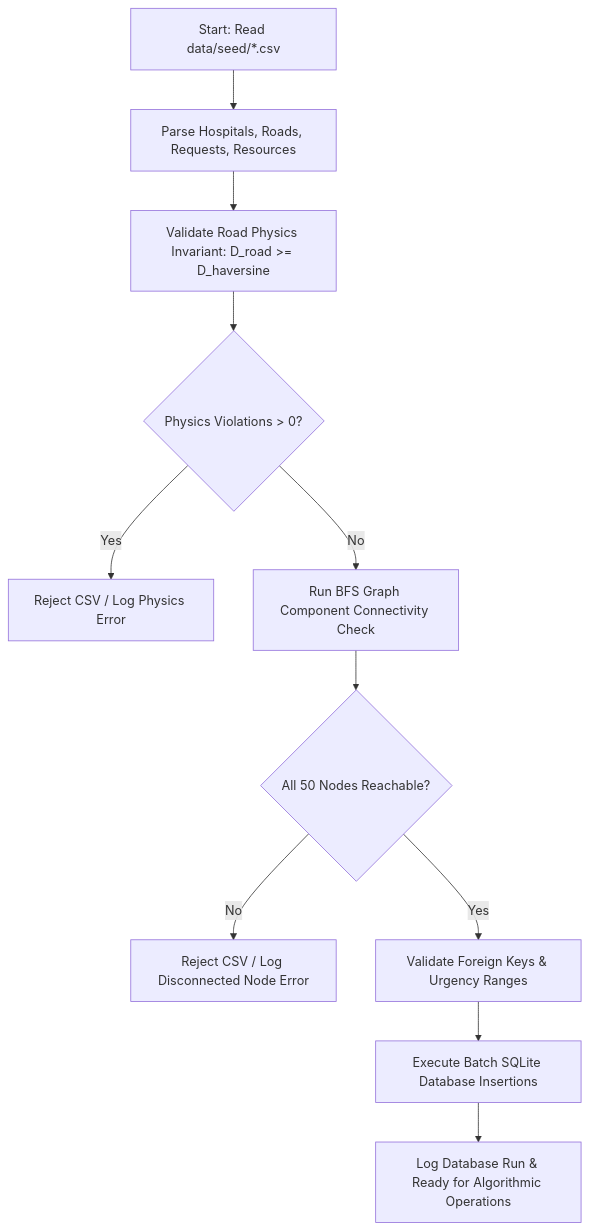
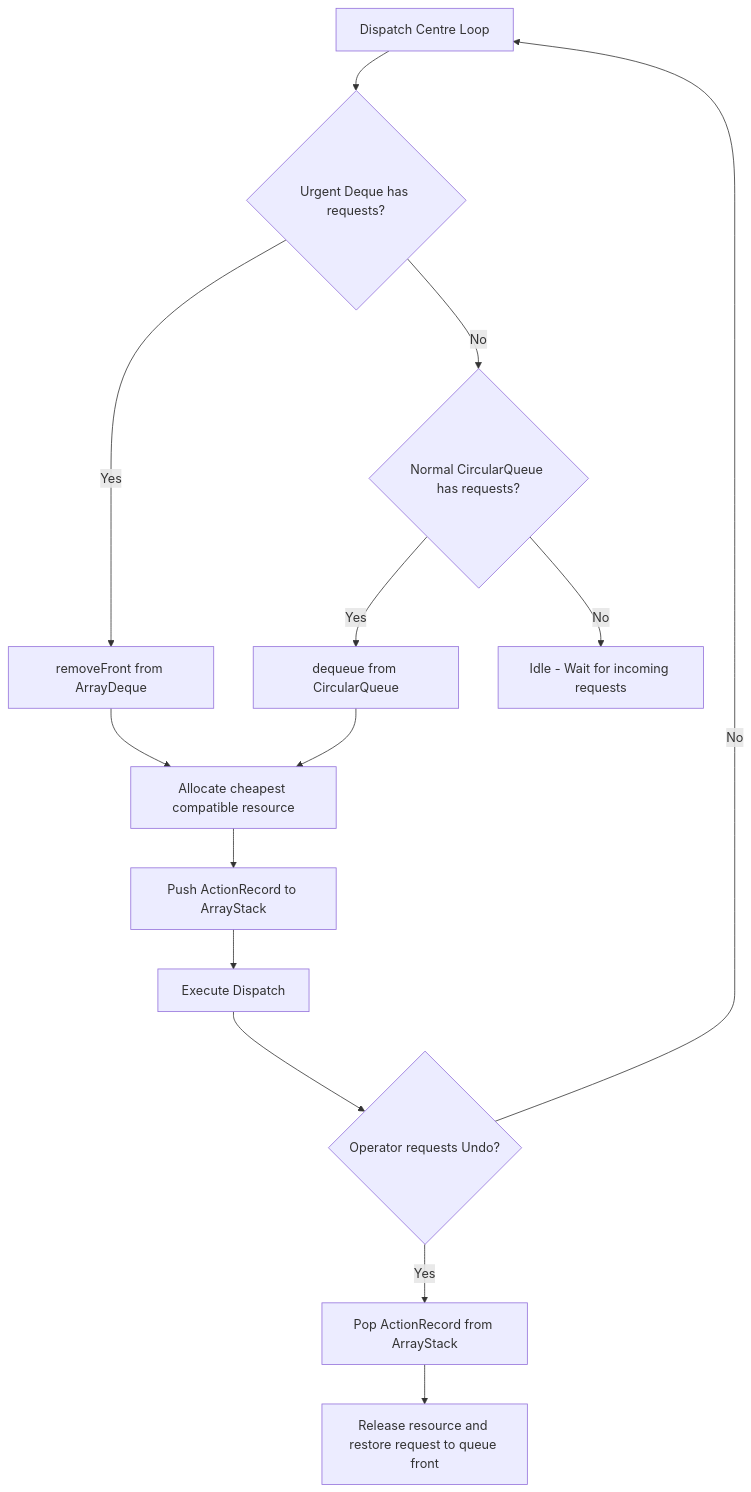
The sixth of 6 diagrams in docs-site/src/content/docs/service-operations/flowcharts-pseudocode.md (Septagon-Systems/Hospital-Service-DSA), drawn with Mermaid before and after one commit. The commit also changed other lines of this file and 1 other file, not shown here.

Commit message:
docs(flowcharts): expand pseudocode to cover all 12 data structures and multi-queue dispatch

````diff
--- a/docs-site/src/content/docs/service-operations/flowcharts-pseudocode.md
+++ b/docs-site/src/content/docs/service-operations/flowcharts-pseudocode.md
@@ -461,13 +360,16 @@
 ```mermaid
 flowchart TD
-    A[Start: Read data/seed/*.csv] --> B[Parse Hospitals, Roads, Requests, Resources]
-    B --> C["Validate Road Physics Invariant: D_road >= D_haversine"]
-    C --> D{"Physics Violations > 0?"}
-    D -- Yes --> E[Reject CSV / Log Physics Error]
-    D -- No --> F[Run BFS Graph Component Connectivity Check]
-    F --> G{"All 50 Nodes Reachable?"}
-    G -- No --> H[Reject CSV / Log Disconnected Node Error]
-    G -- Yes --> I[Validate Foreign Keys & Urgency Ranges]
-    I --> J[Execute Batch SQLite Database Insertions]
-    J --> K[Log Database Run & Ready for Algorithmic Operations]
+    A[Dispatch Centre Loop] --> B{"Urgent Deque has requests?"}
+    B -- Yes --> C[removeFront from ArrayDeque]
+    B -- No --> D{"Normal CircularQueue has requests?"}
+    D -- Yes --> E[dequeue from CircularQueue]
+    D -- No --> F[Idle - Wait for incoming requests]
+    C --> G[Allocate cheapest compatible resource]
+    E --> G
+    G --> H[Push ActionRecord to ArrayStack]
+    H --> I[Execute Dispatch]
+    I --> J{"Operator requests Undo?"}
+    J -- Yes --> K[Pop ActionRecord from ArrayStack]
+    K --> L[Release resource and restore request to queue front]
+    J -- No --> A
 ```
````
